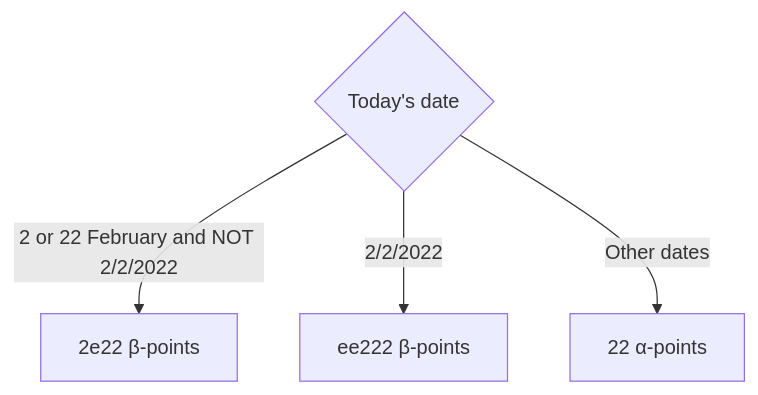
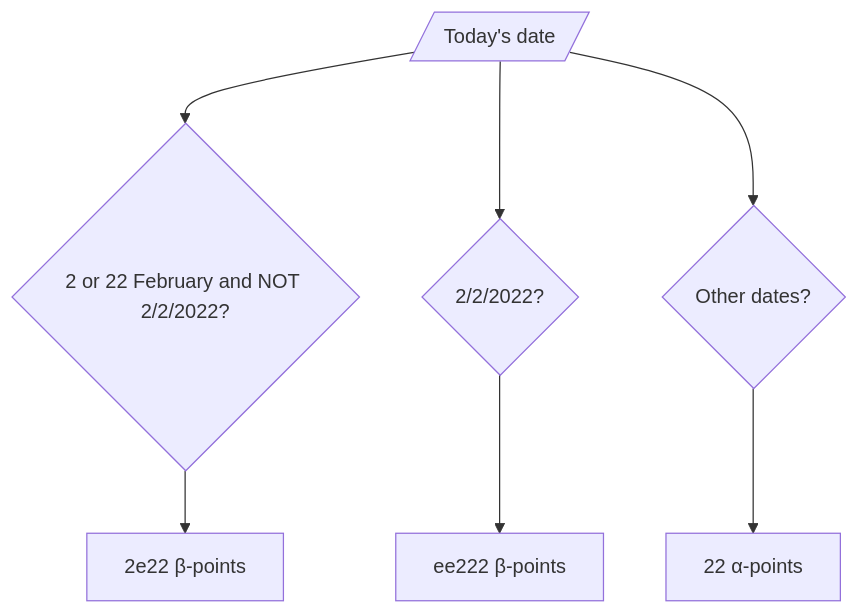
The diagram in patchwork-birb.md (FishlandicFishy/patchwork-birb), drawn with Mermaid before and after one commit.

Commit message:
Refactor flowchart for date points in patchwork-birb
Updated flowchart syntax for date points calculation.

````diff
--- a/patchwork-birb.md
+++ b/patchwork-birb.md
@@ -93,7 +93,7 @@
 ```mermaid
 flowchart TD
-    C{Today's date}
-    C -->|2 or 22 February and NOT 2/2/2022| D[2e22 β-points]
-    C -->|2/2/2022| E[ee222 β-points]
-    C -->|Other dates| F[22 α-points]
+    C[/Today's date/]
+    C -->D{2 or 22 February and NOT 2/2/2022?} --> E[2e22 β-points]
+    C -->F{2/2/2022?} --> G[ee222 β-points]
+    C -->H{Other dates?} --> I[22 α-points]
 ```
````
